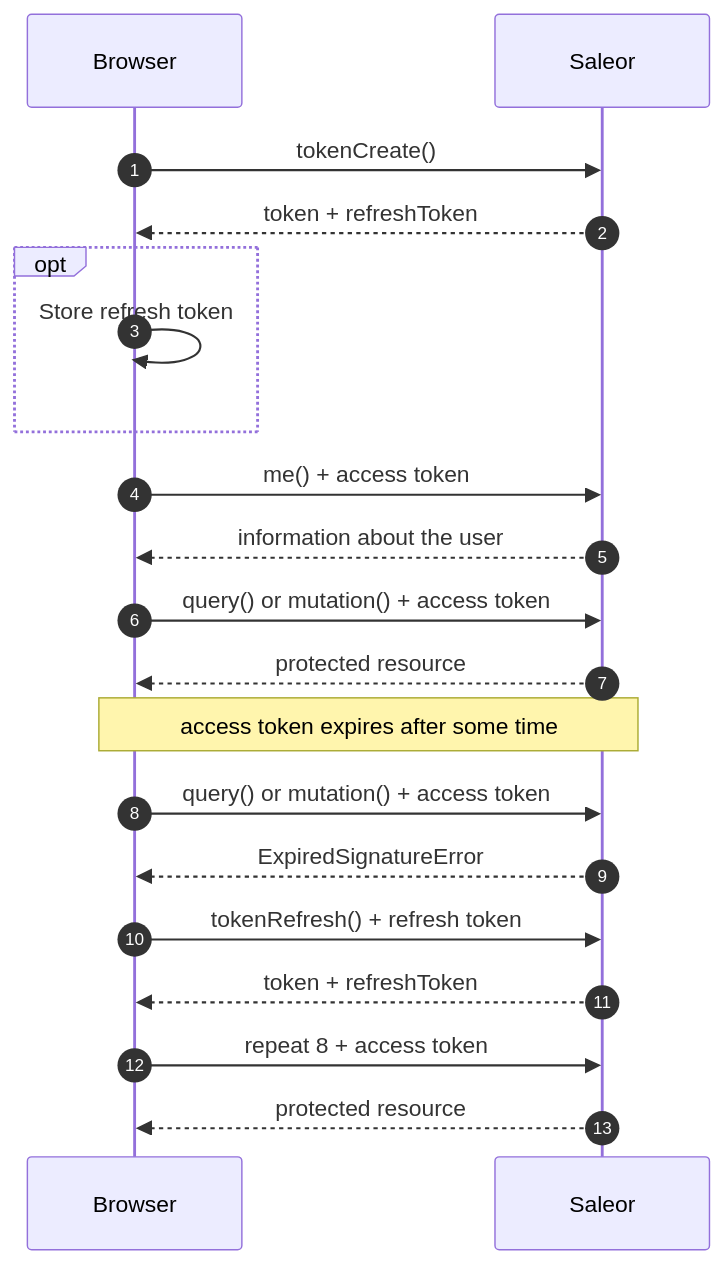
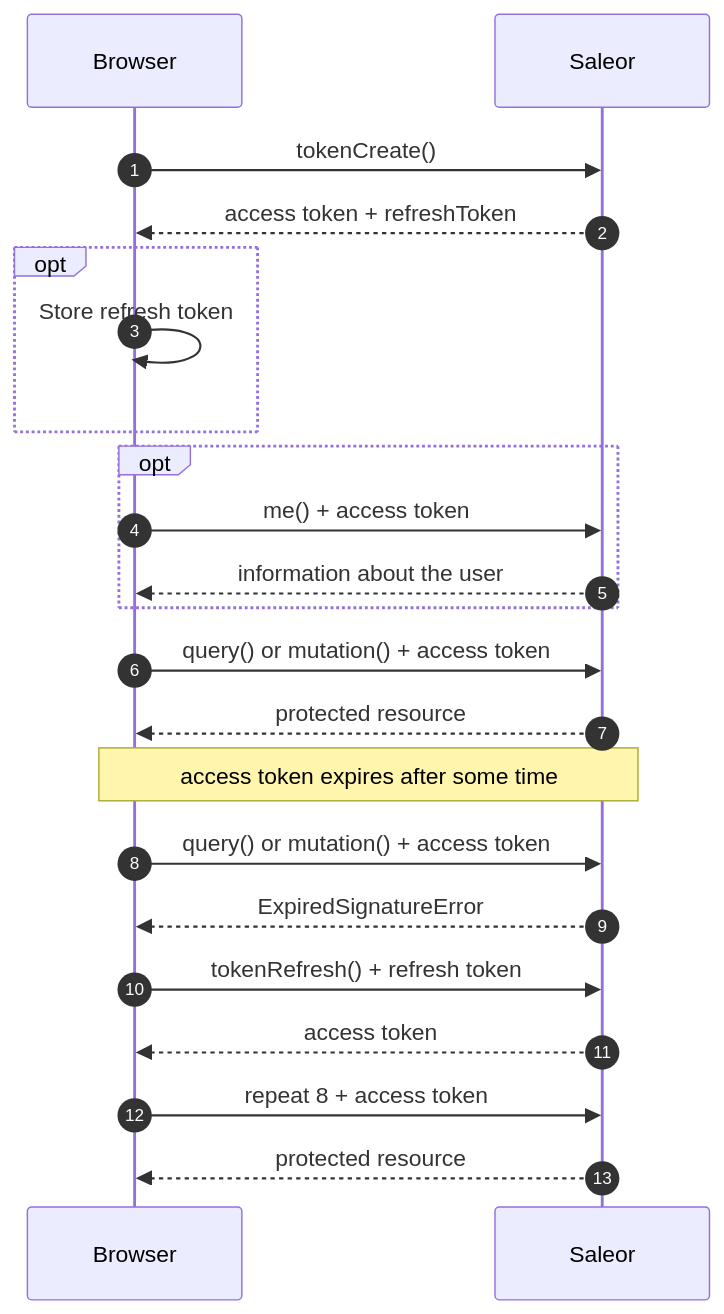
Before and after one commit to saleor/saleor-docs: the first of 3 diagrams in docs/api-usage/authentication.mdx, drawn with Mermaid.

Commit message:
Update auth docs

````diff
--- a/docs/api-usage/authentication.mdx
+++ b/docs/api-usage/authentication.mdx
@@ -209,27 +209,29 @@
 ```mermaid
 sequenceDiagram
   autonumber
   Browser ->> Saleor: tokenCreate()
-  Saleor -->> Browser: token + refreshToken
+  Saleor -->> Browser: access token + refreshToken
 
   opt
     Browser ->> Browser: Store refresh token
   end
 
-  Browser ->> Saleor: me() + access token
-  Saleor -->> Browser: information about the user
+  opt
+    Browser ->> Saleor: me() + access token
+    Saleor -->> Browser: information about the user
+  end
 
   Browser ->> Saleor: query() or mutation() + access token
   Saleor -->> Browser: protected resource
 
   Note over Browser,Saleor: access token expires after some time
 
   Browser ->> Saleor: query() or mutation() + access token
   Saleor -->> Browser: ExpiredSignatureError
 
   Browser ->> Saleor: tokenRefresh() + refresh token
-  Saleor -->> Browser: token + refreshToken
+  Saleor -->> Browser: access token
 
   Browser ->> Saleor: repeat 8 + access token
   Saleor -->> Browser: protected resource
 ```
````
